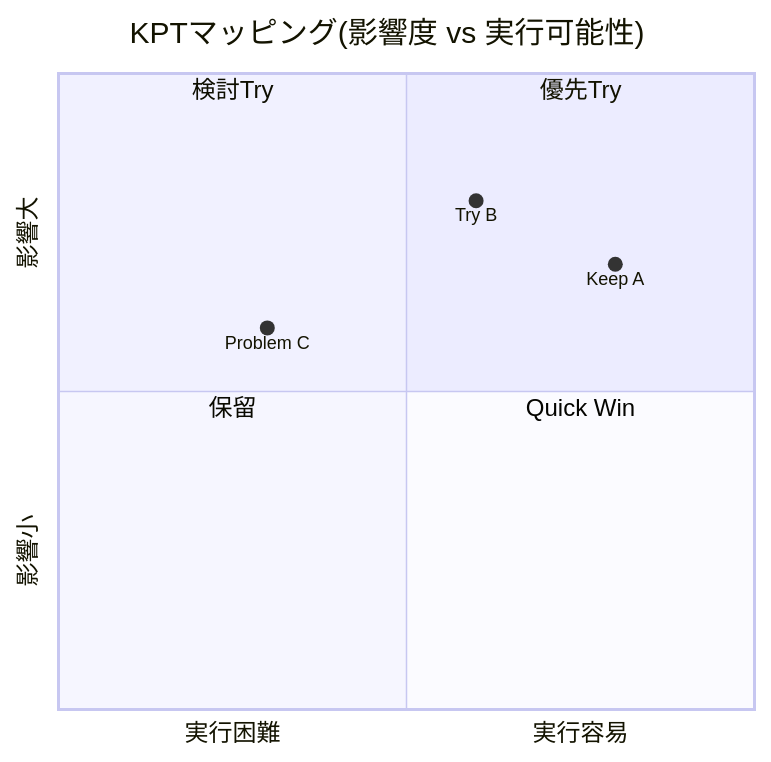
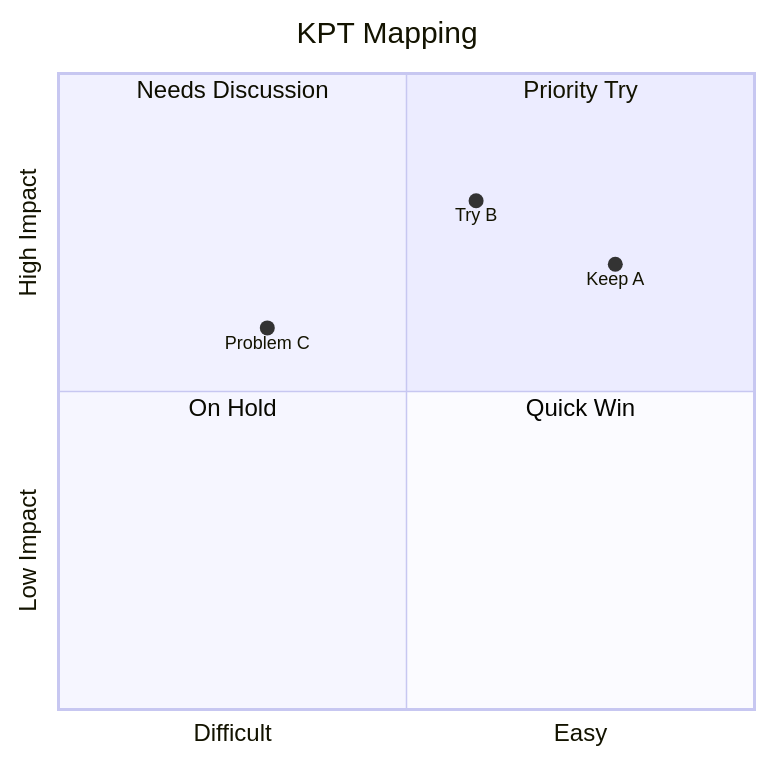
One commit to 9BwgeBTPG-QH/mark-it-down changed the diagram in docs/templates/productivity/kpt-retrospective-ja.md. Above: the diagram before and after it, drawn with Mermaid.

Commit message:
Update KPT retrospective chart labels for clarity and consistency
- Translated the KPTマッピング chart title and axis labels from Japanese to English for broader accessibility.
- Revised quadrant labels to enhance understanding and improve the overall presentation of the KPT retrospective framework.

These changes aim to make the KPT retrospective template more user-friendly and comprehensible for a wider audience.

````diff
--- a/docs/templates/productivity/kpt-retrospective-ja.md
+++ b/docs/templates/productivity/kpt-retrospective-ja.md
@@ -22,13 +22,13 @@
 ```mermaid
 quadrantChart
-    title KPTマッピング(影響度 vs 実行可能性)
-    x-axis "実行困難" --> "実行容易"
-    y-axis "影響小" --> "影響大"
-    quadrant-1 優先Try
-    quadrant-2 検討Try
-    quadrant-3 保留
+    title KPT Mapping
+    x-axis Difficult --> Easy
+    y-axis Low Impact --> High Impact
+    quadrant-1 Priority Try
+    quadrant-2 Needs Discussion
+    quadrant-3 On Hold
     quadrant-4 Quick Win
     Keep A: [0.8, 0.7]
     Try B: [0.6, 0.8]
     Problem C: [0.3, 0.6]
 ```
````
